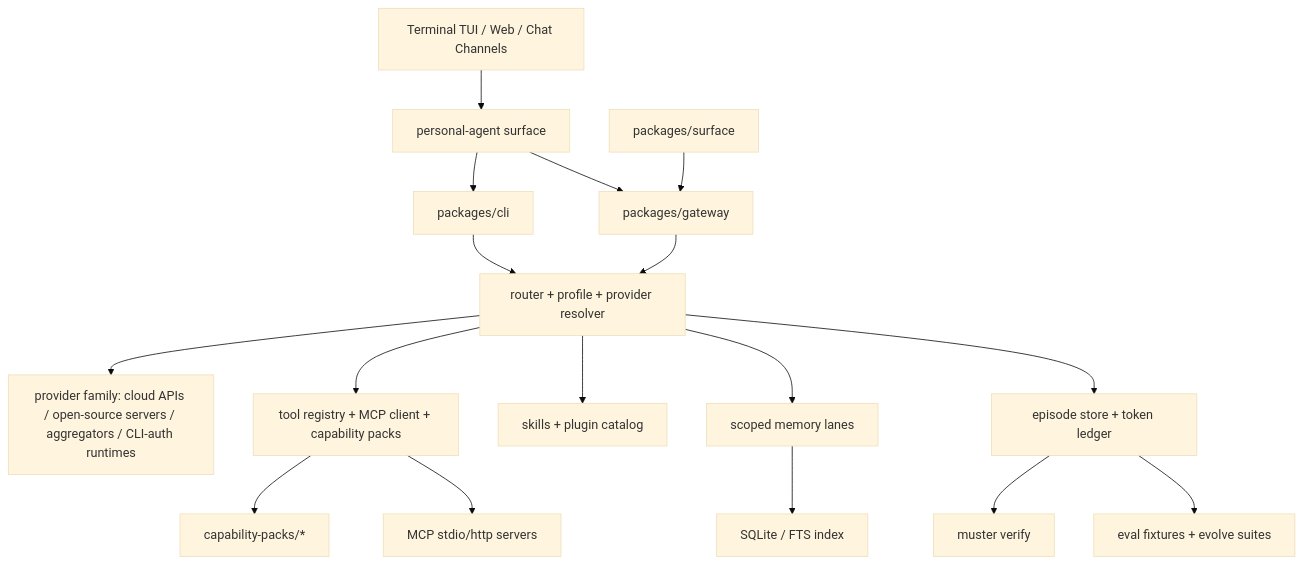
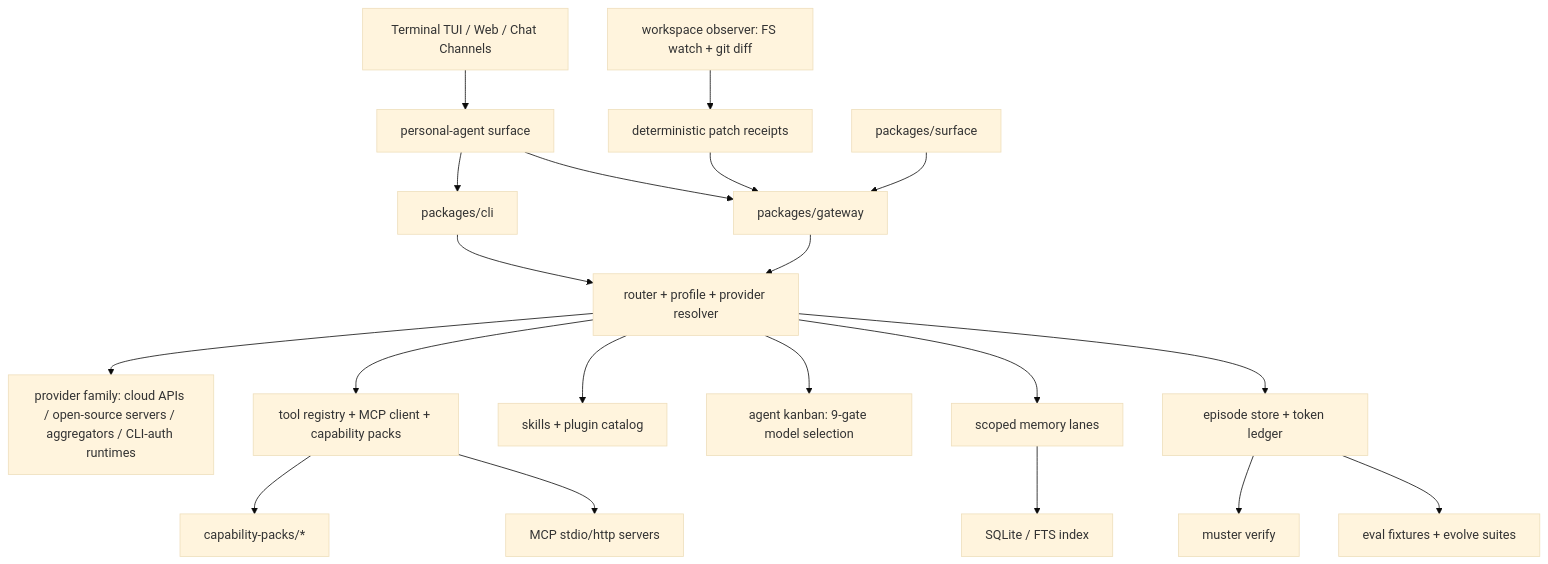
One commit to Dkm0315/hybrowclaw changed the diagram in README.md. Above: the diagram before and after it, drawn with Mermaid (base theme). The commit also changed other lines of this file and 42 other files, not shown here.

First line of the commit message:
Ship daily-driver wave: live inline diff, agent kanban, codex resume, scoped runtime, memory recall fixes

````diff
--- a/README.md
+++ b/README.md
@@ -203,19 +256,22 @@
 ```mermaid
 flowchart TD
   User[Terminal TUI / Web / Chat Channels] --> SurfaceLayer[personal-agent surface]
   SurfaceLayer --> CLI[packages/cli]
   SurfaceLayer --> Gateway[packages/gateway]
   CLI --> Router[router + profile + provider resolver]
   Router --> Runtime[provider family: cloud APIs / open-source servers / aggregators / CLI-auth runtimes]
   Router --> Tools[tool registry + MCP client + capability packs]
   Router --> Skills[skills + plugin catalog]
+  Router --> Kanban[agent kanban: 9-gate model selection]
   Tools --> Packs[capability-packs/*]
   Tools --> MCP[MCP stdio/http servers]
   Router --> Memory[scoped memory lanes]
   Memory --> FTS[SQLite / FTS index]
   Router --> Ledger[episode store + token ledger]
+  Workspace[workspace observer: FS watch + git diff] --> Receipts[deterministic patch receipts]
+  Receipts --> Gateway
   Ledger --> Verify[muster verify]
   Ledger --> Evals[eval fixtures + evolve suites]
   Surface[packages/surface] --> Gateway
   Gateway --> Router
 ```
````
